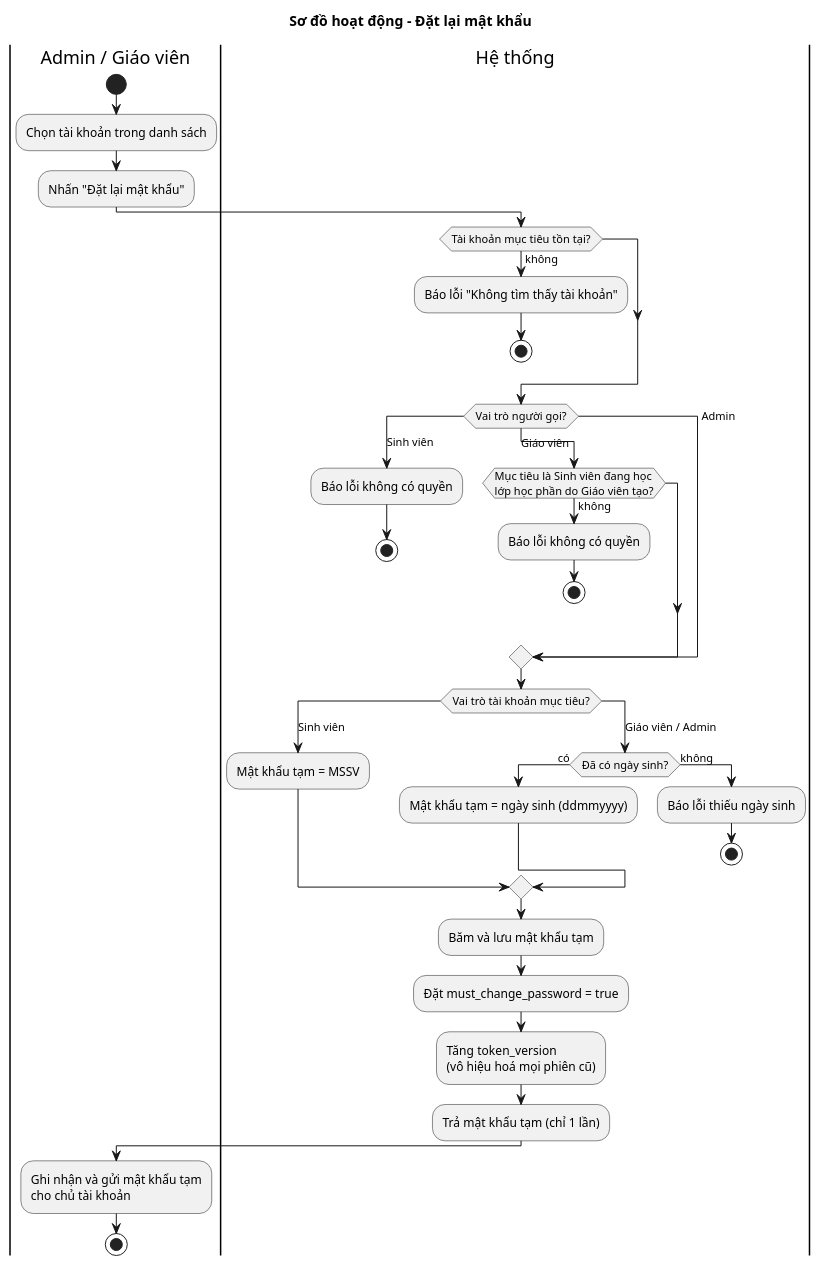
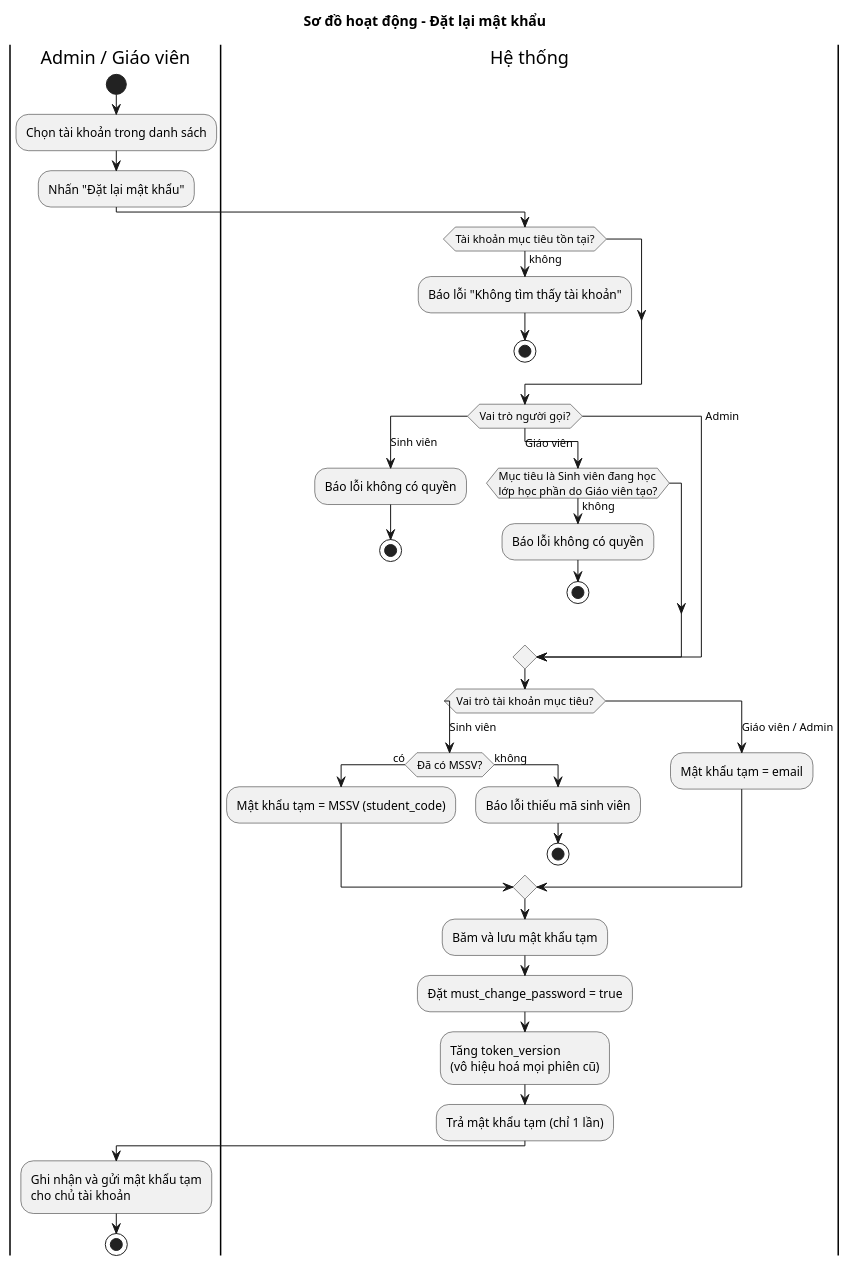
The diagram in docs/diagrams/activity/activity-reset-password.puml (dinhnhathuyennhan/leet-code-utc2), drawn with PlantUML before and after one commit. The commit also changed 4 other files, not shown here.

Commit message:
docs(auth): update reset password docs and diagrams

```diff
--- a/docs/diagrams/activity/activity-reset-password.puml
+++ b/docs/diagrams/activity/activity-reset-password.puml
@@ -1,50 +1,50 @@
 @startuml activity-reset-password
 ' Đặt lại mật khẩu, theo modules/users/service.py::reset_password
 skinparam shadowing false
 skinparam monochrome true
 skinparam defaultFontName Arial
 
 title Sơ đồ hoạt động - Đặt lại mật khẩu
 
 |Admin / Giáo viên|
 start
 :Chọn tài khoản trong danh sách;
 :Nhấn "Đặt lại mật khẩu";
 |Hệ thống|
 if (Tài khoản mục tiêu tồn tại?) then (không)
   :Báo lỗi "Không tìm thấy tài khoản";
   stop
 endif
 switch (Vai trò người gọi?)
 case (Sinh viên)
   :Báo lỗi không có quyền;
   stop
 case (Giáo viên)
   if (Mục tiêu là Sinh viên đang học\nlớp học phần do Giáo viên tạo?) then (không)
     :Báo lỗi không có quyền;
     stop
   endif
 case (Admin)
 endswitch
 switch (Vai trò tài khoản mục tiêu?)
 case (Sinh viên)
-  :Mật khẩu tạm = MSSV;
-case (Giáo viên / Admin)
-  if (Đã có ngày sinh?) then (có)
-    :Mật khẩu tạm = ngày sinh (ddmmyyyy);
+  if (Đã có MSSV?) then (có)
+    :Mật khẩu tạm = MSSV (student_code);
   else (không)
-    :Báo lỗi thiếu ngày sinh;
+    :Báo lỗi thiếu mã sinh viên;
     stop
   endif
+case (Giáo viên / Admin)
+  :Mật khẩu tạm = email;
 endswitch
 :Băm và lưu mật khẩu tạm;
 :Đặt must_change_password = true;
 :Tăng token_version
 (vô hiệu hoá mọi phiên cũ);
 :Trả mật khẩu tạm (chỉ 1 lần);
 |Admin / Giáo viên|
 :Ghi nhận và gửi mật khẩu tạm
 cho chủ tài khoản;
 stop
 
 @enduml
```
